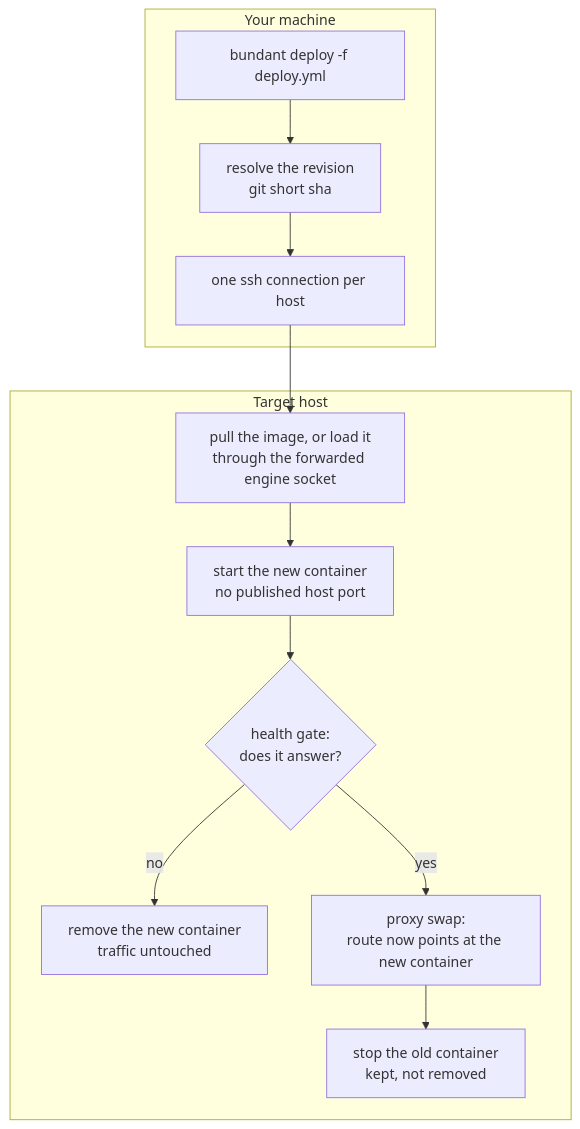
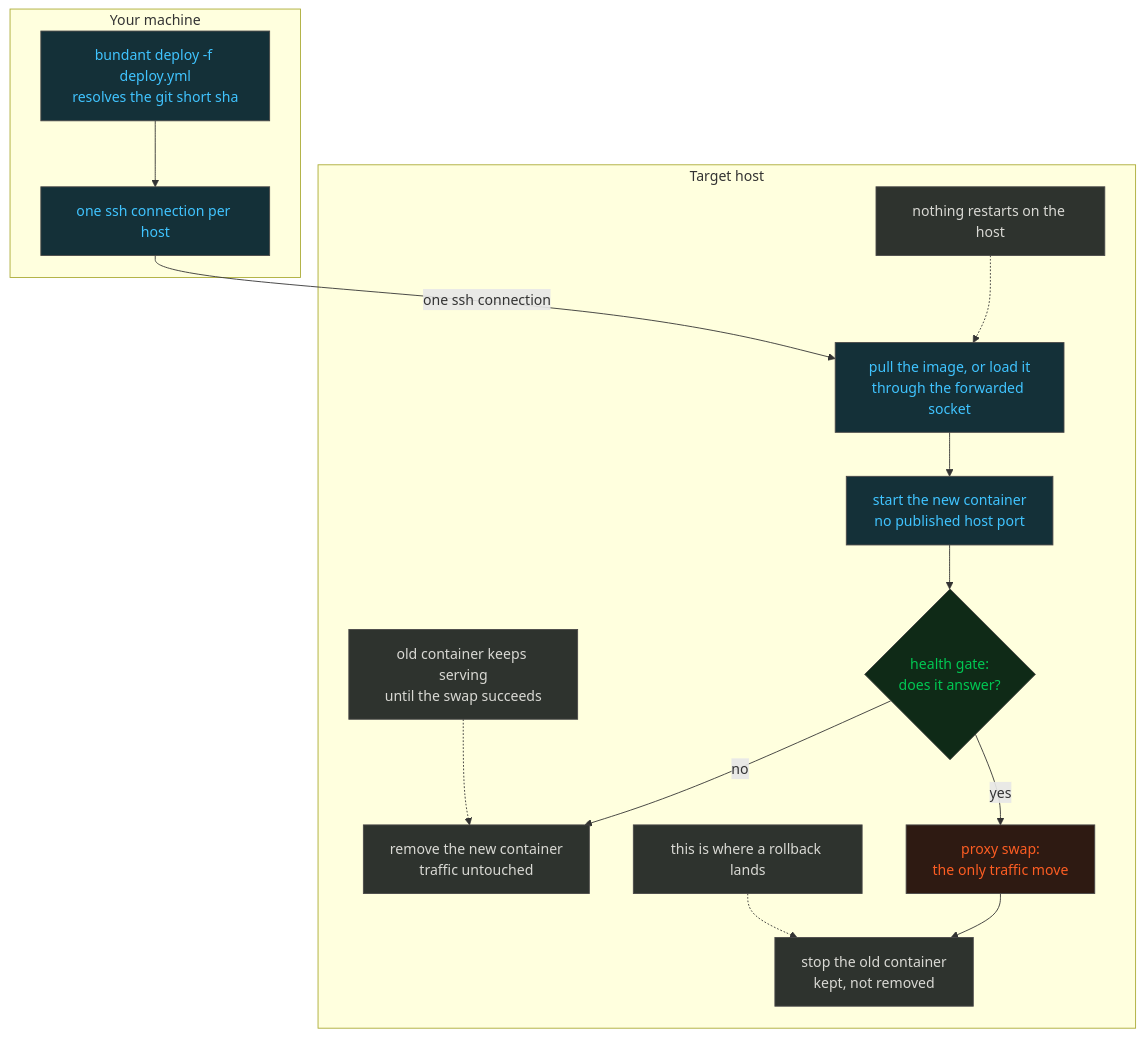
One commit to gjuoun/bundant changed the diagram in docs/tutorial/01-quickstart.md. Above: the diagram before and after it, drawn with Mermaid. The commit also changed other lines of this file and 4 other files, not shown here.

Commit message:
docs(tutorial): colour the diagrams and label the flow

````diff
--- a/docs/tutorial/01-quickstart.md
+++ b/docs/tutorial/01-quickstart.md
@@ -139,15 +139,25 @@
 ```mermaid
 flowchart TD
   subgraph local["Your machine"]
-    A["bundant deploy -f deploy.yml"] --> B["resolve the revision<br/>git short sha"]
-    B --> C["one ssh connection per host"]
+    A["bundant deploy -f deploy.yml<br/>resolves the git short sha"] --> B["one ssh connection per host"]
   end
   subgraph host["Target host"]
-    D["pull the image, or load it<br/>through the forwarded engine socket"] --> E["start the new container<br/>no published host port"]
+    D["pull the image, or load it<br/>through the forwarded socket"] --> E["start the new container<br/>no published host port"]
     E --> F{"health gate:<br/>does it answer?"}
     F -- "no" --> G["remove the new container<br/>traffic untouched"]
-    F -- "yes" --> H["proxy swap:<br/>route now points at the new container"]
+    F -- "yes" --> H["proxy swap:<br/>the only traffic move"]
     H --> I["stop the old container<br/>kept, not removed"]
+    N1["nothing restarts on the host"] -.-> D
+    N2["old container keeps serving<br/>until the swap succeeds"] -.-> G
+    N3["this is where a rollback lands"] -.-> I
   end
-  C --> D
+  B -- "one ssh connection" --> D
+  classDef local fill:#143038,color:#40c4ff,stroke:#494848;
+  classDef ok fill:#0f2a17,color:#00c853,stroke:#494848;
+  classDef risk fill:#2e1a12,color:#fc5d23,stroke:#494848;
+  classDef neutral fill:#2e332e,color:#d9d9d4,stroke:#494848;
+  class A,B,D,E local;
+  class F ok;
+  class H risk;
+  class G,I,N1,N2,N3 neutral;
 ```
````
